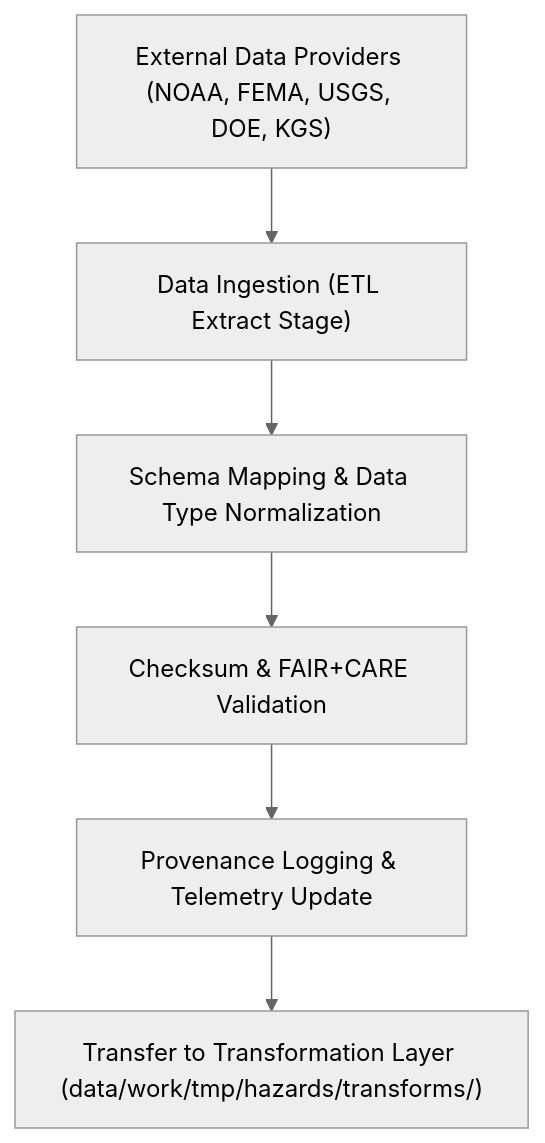
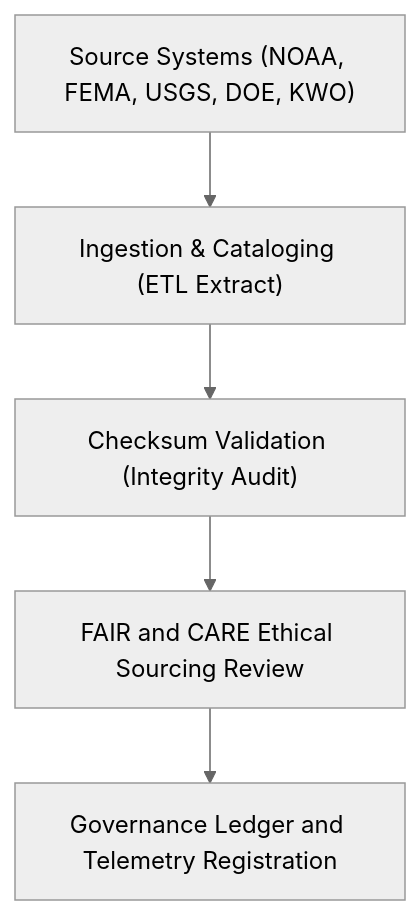
The diagram in data/work/tmp/hazards/logs/etl/extract/README.md (bartytime4life/Kansas-Frontier-Matrix), drawn with Mermaid (neutral theme) before and after one commit. The commit also changed other lines of this file, not shown here.

````diff
--- a/data/work/tmp/hazards/logs/etl/extract/README.md
+++ b/data/work/tmp/hazards/logs/etl/extract/README.md
@@ -69,8 +68,7 @@
 ```mermaid
 flowchart TD
-    A["External Data Providers (NOAA, FEMA, USGS, DOE, KGS)"] --> B["Data Ingestion (ETL Extract Stage)"]
-    B --> C["Schema Mapping & Data Type Normalization"]
-    C --> D["Checksum & FAIR+CARE Validation"]
-    D --> E["Provenance Logging & Telemetry Update"]
-    E --> F["Transfer to Transformation Layer (data/work/tmp/hazards/transforms/)"]
+    A["Source Systems (NOAA, FEMA, USGS, DOE, KWO)"] --> B["Ingestion & Cataloging (ETL Extract)"]
+    B --> C["Checksum Validation (Integrity Audit)"]
+    C --> D["FAIR and CARE Ethical Sourcing Review"]
+    D --> E["Governance Ledger and Telemetry Registration"]
 ```
````
